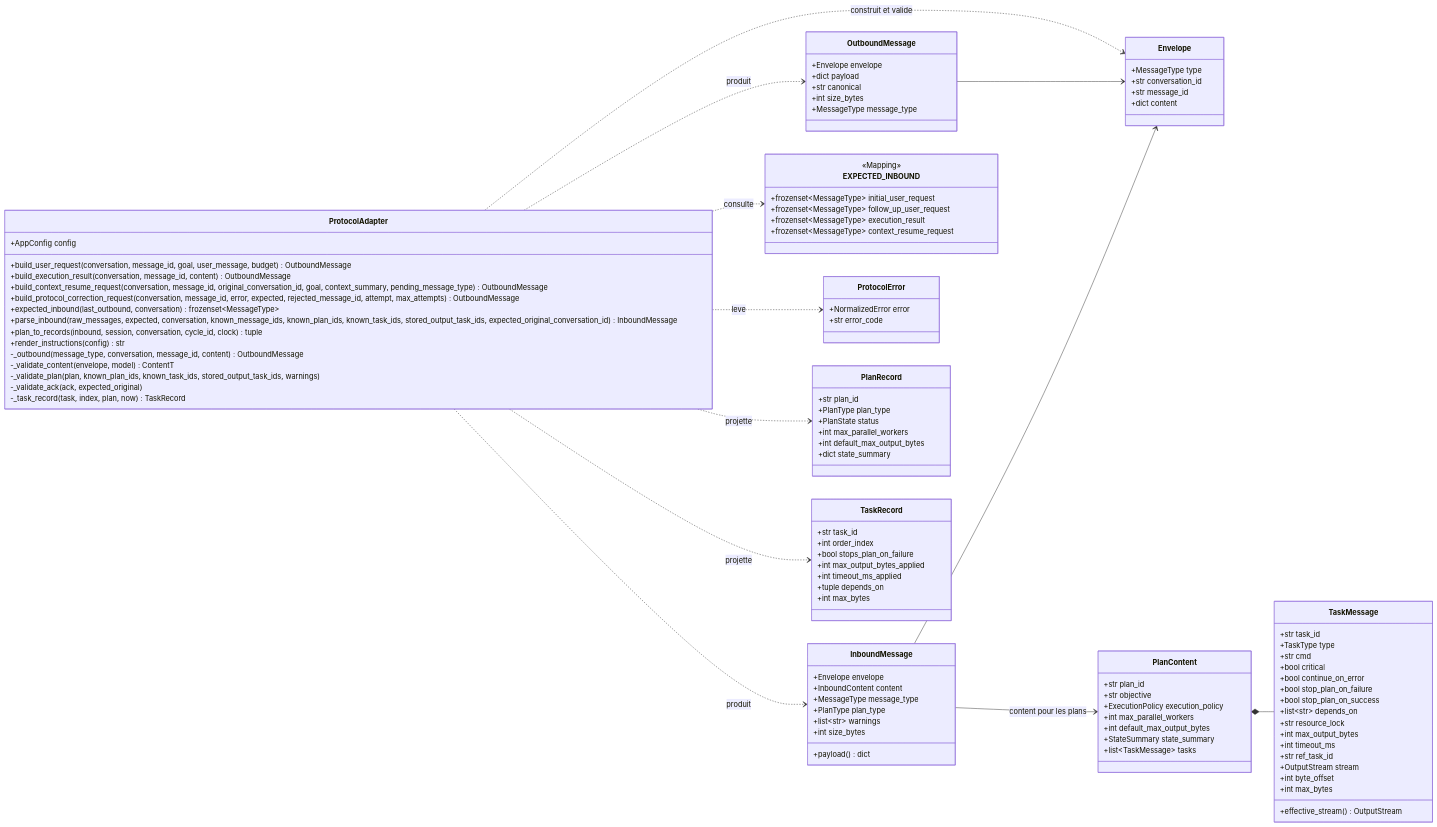
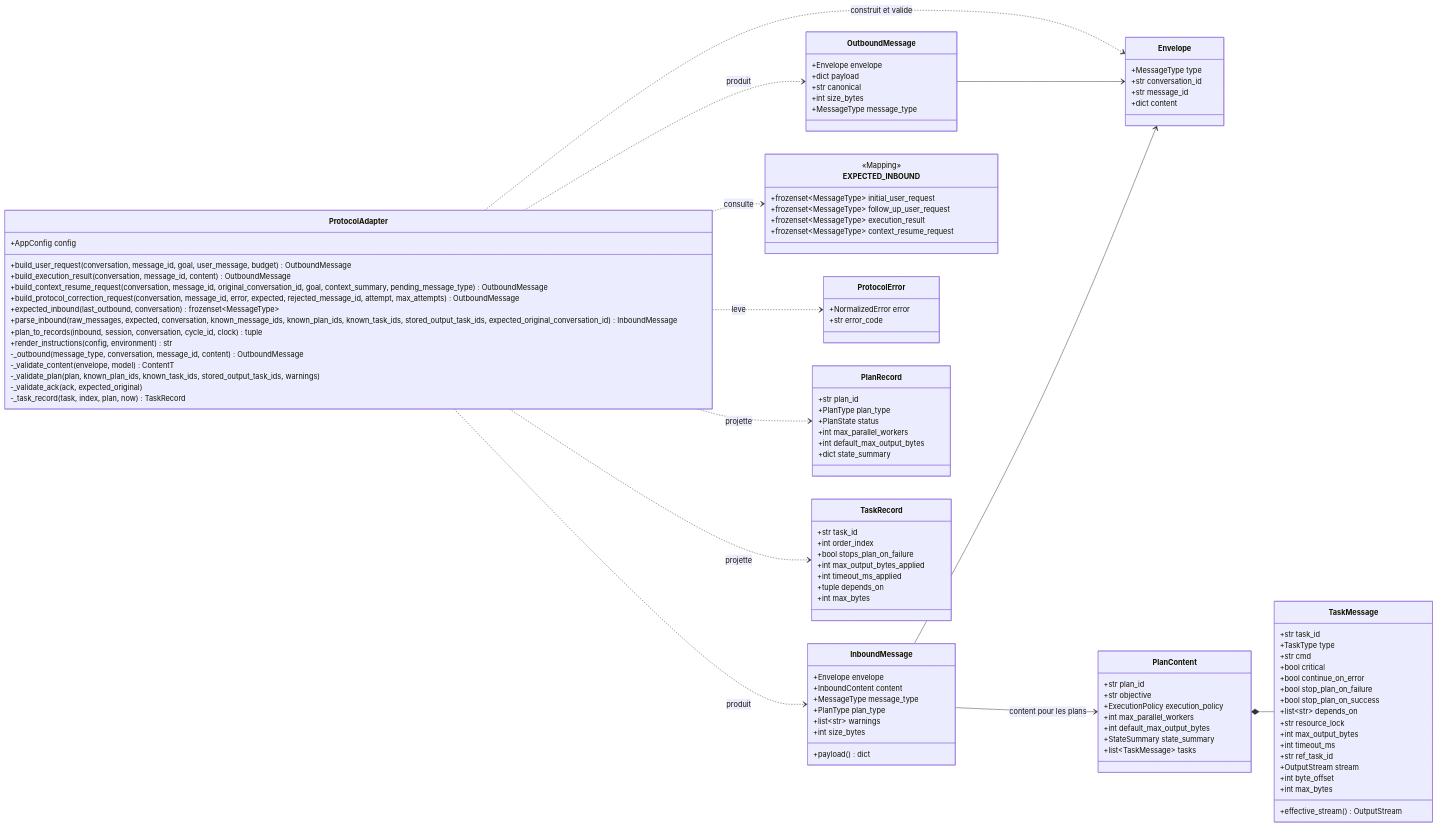
Before and after one commit to moabidi91/agentic-local-app: the first of 3 diagrams in docs/phases/phase-02-protocol.md, drawn with Mermaid. The commit also changed other lines of this file and 49 other files, not shown here.

```diff
--- a/docs/phases/phase-02-protocol.md
+++ b/docs/phases/phase-02-protocol.md
@@ -39,7 +39,7 @@
         +expected_inbound(last_outbound, conversation) frozenset~MessageType~
         +parse_inbound(raw_messages, expected, conversation, known_message_ids, known_plan_ids, known_task_ids, stored_output_task_ids, expected_original_conversation_id) InboundMessage
         +plan_to_records(inbound, session, conversation, cycle_id, clock) tuple
-        +render_instructions(config) str
+        +render_instructions(config, environment) str
         -_outbound(message_type, conversation, message_id, content) OutboundMessage
         -_validate_content(envelope, model) ContentT
         -_validate_plan(plan, known_plan_ids, known_task_ids, stored_output_task_ids, warnings)
```
